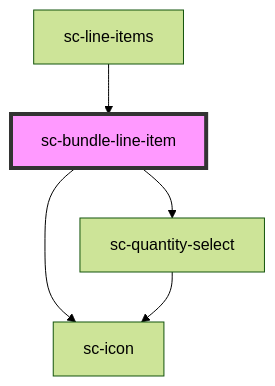
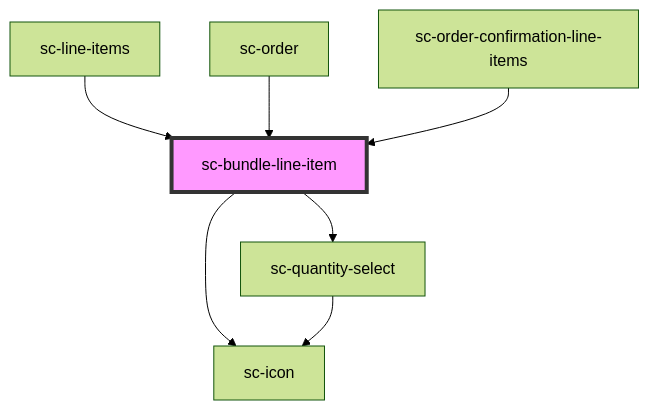
One commit to surecart/surecart-wp-plugin changed the diagram in packages/components/src/components/ui/bundle-line-item/readme.md. Above: the diagram before and after it, drawn with Mermaid (forest theme). The commit also changed other lines of this file and 17 other files, not shown here.

Commit message:
bundle item customer dashboard order, subscriptions

````diff
--- a/packages/components/src/components/ui/bundle-line-item/readme.md
+++ b/packages/components/src/components/ui/bundle-line-item/readme.md
@@ -59,8 +61,10 @@
 ```mermaid
 graph TD;
   sc-bundle-line-item --> sc-icon
   sc-bundle-line-item --> sc-quantity-select
   sc-quantity-select --> sc-icon
   sc-line-items --> sc-bundle-line-item
+  sc-order --> sc-bundle-line-item
+  sc-order-confirmation-line-items --> sc-bundle-line-item
   style sc-bundle-line-item fill:#f9f,stroke:#333,stroke-width:4px
 ```
````
